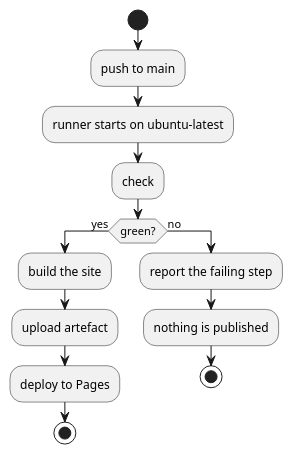
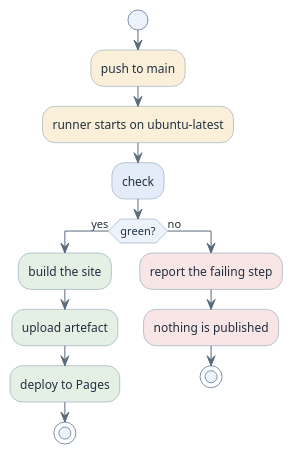
One commit to htl-leonding-college/curriculum-syp3 changed the diagram in modules/gh-actions-pages/index.adoc. Above: the diagram before and after it, drawn with PlantUML. The commit also changed 65 other files, not shown here.

First line of the commit message:
feat(site): give the diagrams a semantic pastel palette

```diff
--- a/modules/gh-actions-pages/index.adoc
+++ b/modules/gh-actions-pages/index.adoc
@@ -27,21 +27,30 @@
 [plantuml,ci-flow,svg]
 ----
 @startuml
-skinparam monochrome true
+<style>
+element { BackgroundColor #EDF3FA; LineColor #7C93AD; FontColor #21303F }
+arrow { LineColor #5A6B7D; FontColor #21303F }
+.key { BackgroundColor #E3ECF8 }
+.work { BackgroundColor #FAF0D9 }
+.ok { BackgroundColor #E4F0E4 }
+.bad { BackgroundColor #F8E5E5 }
+.aside { BackgroundColor #ECE6F7 }
+.muted { BackgroundColor #F0F2F5 }
+</style>
 skinparam shadowing false
 start
-:push to main;
-:runner starts on ubuntu-latest;
-:check;
+:push to main; <<work>>
+:runner starts on ubuntu-latest; <<work>>
+:check; <<key>>
 if (green?) then (yes)
-  :build the site;
-  :upload artefact;
-  :deploy to Pages;
+  :build the site; <<ok>>
+  :upload artefact; <<ok>>
+  :deploy to Pages; <<ok>>
   stop
 else (no)
-  :report the failing step;
-  :nothing is published;
+  :report the failing step; <<bad>>
+  :nothing is published; <<bad>>
   stop
 endif
 @enduml
 ----
```
